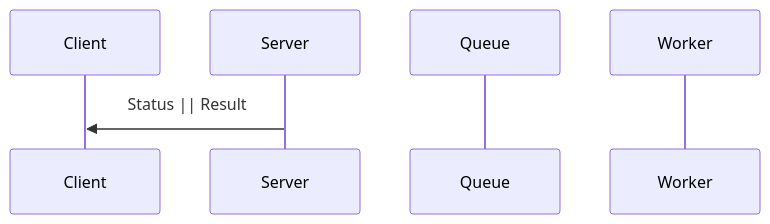
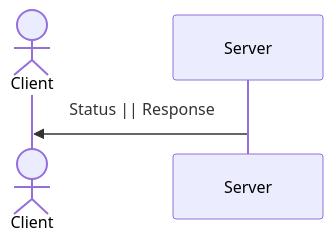
Before and after one commit to hhk7734/wiki: the fourth of 5 diagrams in docs/lang/design/asynchronous-request-response/asynchronous-request-response.mdx, drawn with Mermaid. The commit also changed other lines of this file and 10 other files, not shown here.

````diff
--- a/docs/lang/design/asynchronous-request-response/asynchronous-request-response.mdx
+++ b/docs/lang/design/asynchronous-request-response/asynchronous-request-response.mdx
@@ -79,9 +75,7 @@
 ```mermaid
 sequenceDiagram
-  participant Client
+  actor Client
   participant Server
-  participant Queue
-  participant Worker
 
-  Server->>Client: Status || Result
+  Server->>Client: Status || Response
 ```
````
